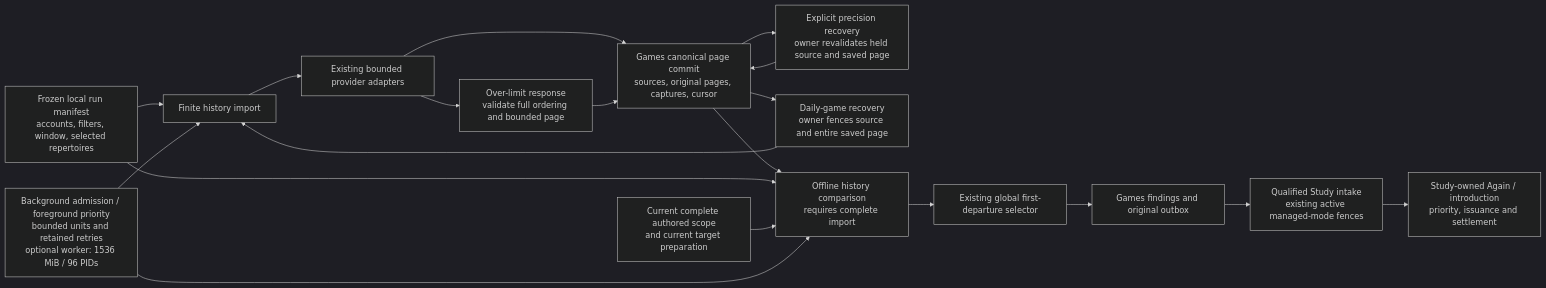
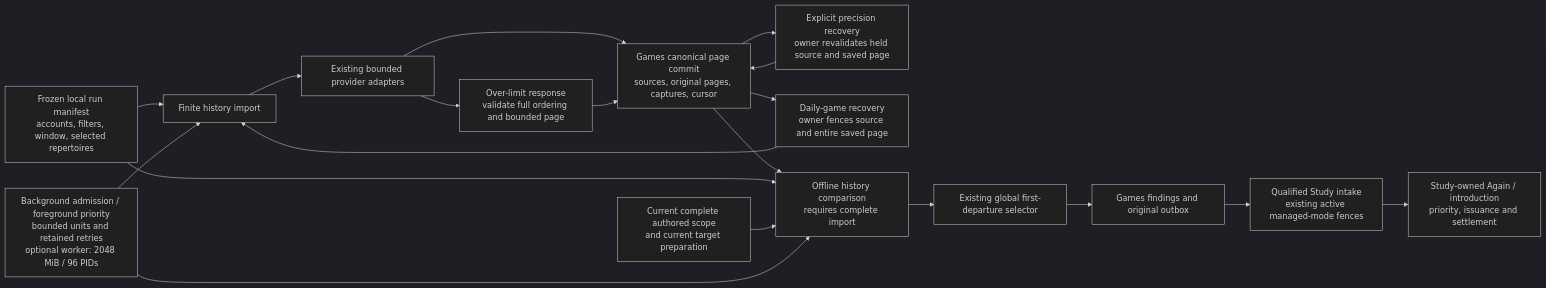
One commit to aaweaver-actuary/tempo changed the first of 8 diagrams in backend/app/product_composition/README.md. Above: the diagram before and after it, drawn with Mermaid (dark theme). The commit also changed 8 other files, not shown here.

````diff
--- a/backend/app/product_composition/README.md
+++ b/backend/app/product_composition/README.md
@@ -11,21 +11,21 @@
 ```mermaid
 flowchart LR
   Manifest["Frozen local run manifest<br/>accounts, filters, window, selected repertoires"] --> Import["Finite history import"]
   Import --> Providers["Existing bounded provider adapters"]
   Providers --> Commit["Games canonical page commit<br/>sources, original pages, captures, cursor"]
   Providers --> Oversized["Over-limit response<br/>validate full ordering and bounded page"]
   Oversized --> Commit
   Commit --> Recovery["Explicit precision recovery<br/>owner revalidates held source and saved page"]
   Commit --> DailyRecovery["Daily-game recovery<br/>owner fences source and entire saved page"]
   DailyRecovery --> Import
   Recovery --> Commit
   Commit --> Replay["Offline history comparison<br/>requires complete import"]
   Manifest --> Replay
   Scope["Current complete authored scope<br/>and current target preparation"] --> Replay
   Replay --> Selector["Existing global first-departure selector"]
   Selector --> Facts["Games findings and original outbox"]
   Facts --> Intake["Qualified Study intake<br/>existing active managed-mode fences"]
   Intake --> Study["Study-owned Again / introduction<br/>priority, issuance and settlement"]
-  Gate["Background admission / foreground priority<br/>bounded units and retained retries<br/>optional worker: 1536 MiB / 96 PIDs"] --> Import
+  Gate["Background admission / foreground priority<br/>bounded units and retained retries<br/>optional worker: 2048 MiB / 96 PIDs"] --> Import
   Gate --> Replay
 ```
````
